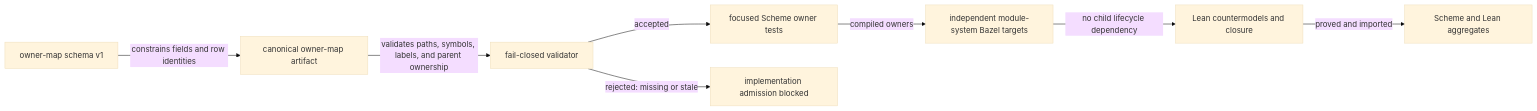
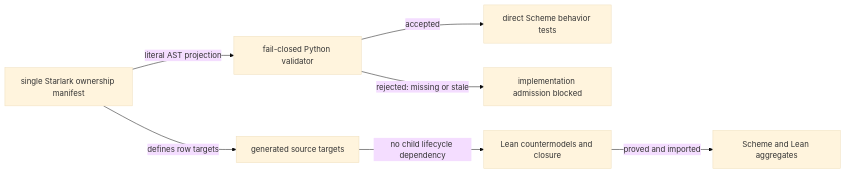
One commit to tao3k/poo-flow changed the diagram in docs/10-19-design/10.06-poo-module-system/45-08-implementation-and-qualification-plan.org. Above: the diagram before and after it, drawn with Mermaid (base theme). The commit also changed other lines of this file and 35 other files, not shown here.

```diff
--- a/docs/10-19-design/10.06-poo-module-system/45-08-implementation-and-qualification-plan.org
+++ b/docs/10-19-design/10.06-poo-module-system/45-08-implementation-and-qualification-plan.org
@@ -184,10 +177,9 @@
 #+begin_src mermaid
 flowchart LR
-  Schema["owner-map schema v1"] -->|constrains fields and row identities| Artifact["canonical owner-map artifact"]
-  Artifact -->|validates paths, symbols, labels, and parent ownership| Validator["fail-closed validator"]
-  Validator -->|accepted| Scheme["focused Scheme owner tests"]
+  Manifest["single Starlark ownership manifest"] -->|defines row targets| Bazel["generated source targets"]
+  Manifest -->|literal AST projection| Validator["fail-closed Python validator"]
+  Validator -->|accepted| Scheme["direct Scheme behavior tests"]
   Validator -->|rejected: missing or stale| Blocked["implementation admission blocked"]
-  Scheme -->|compiled owners| Bazel["independent module-system Bazel targets"]
   Bazel -->|no child lifecycle dependency| Lean["Lean countermodels and closure"]
   Lean -->|proved and imported| Aggregate["Scheme and Lean aggregates"]
 #+end_src
```
